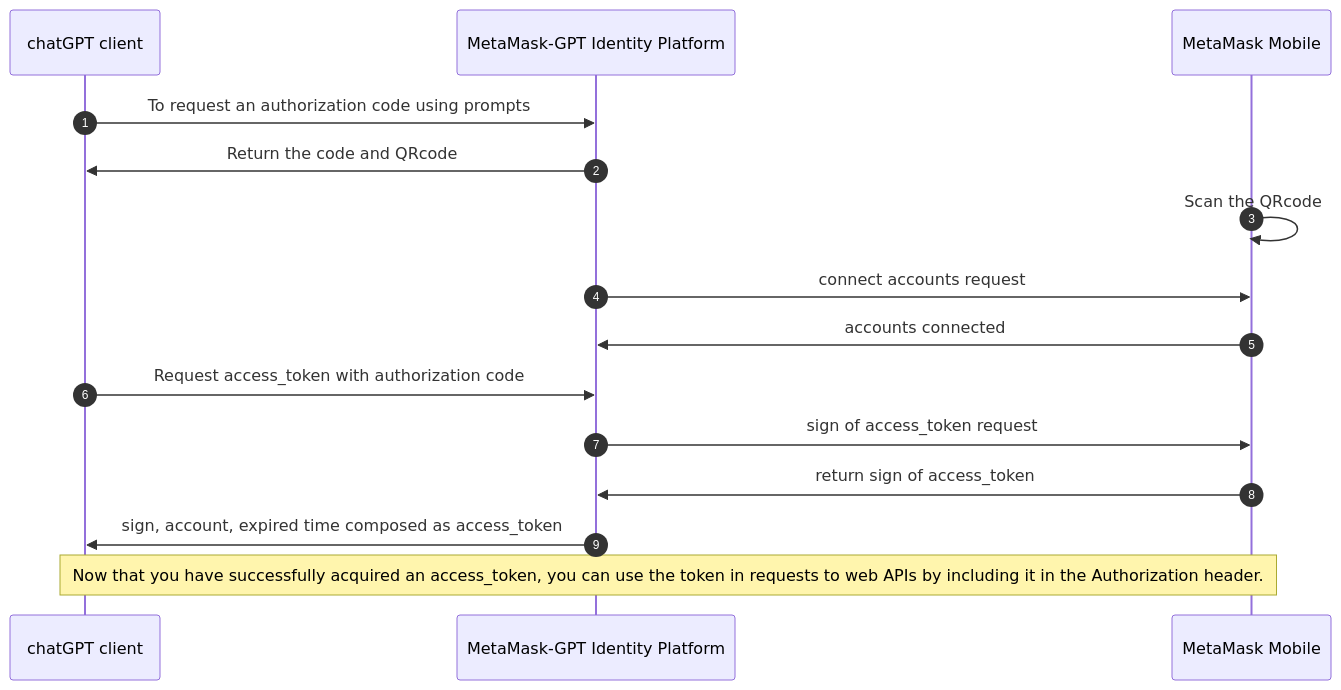
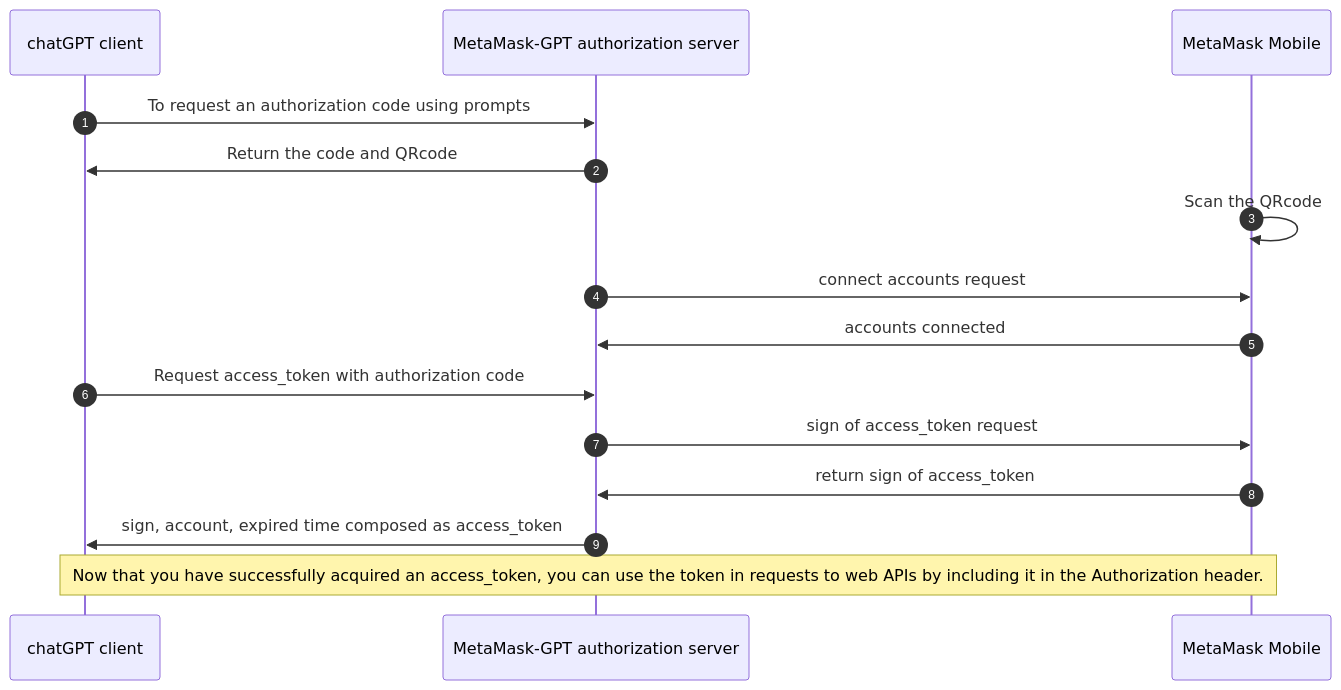
Before and after one commit to TheBestOrNothing/thebestornothing.github.io: the diagram in website/docs/metamaskGPT/connect.mdx, drawn with Mermaid. The commit also changed other lines of this file, not shown here.

````diff
--- a/website/docs/metamaskGPT/connect.mdx
+++ b/website/docs/metamaskGPT/connect.mdx
@@ -35,20 +35,20 @@
 ```mermaid
 
 sequenceDiagram
     autonumber
     participant chatGPTClient as chatGPT client
-    participant MetaMask-GPTIdentityPlatform as MetaMask-GPT Identity Platform
+    participant MetaMask-GPTAuthServer as MetaMask-GPT authorization server
     participant MetaMaskMobile as MetaMask Mobile
 
-    chatGPTClient->>MetaMask-GPTIdentityPlatform: To request an authorization code using prompts
-    MetaMask-GPTIdentityPlatform->>chatGPTClient: Return the code and QRcode
+    chatGPTClient->>MetaMask-GPTAuthServer: To request an authorization code using prompts
+    MetaMask-GPTAuthServer->>chatGPTClient: Return the code and QRcode
     MetaMaskMobile->>MetaMaskMobile: Scan the QRcode 
-    MetaMask-GPTIdentityPlatform->>MetaMaskMobile: connect accounts request
-    MetaMaskMobile->>MetaMask-GPTIdentityPlatform: accounts connected
-    chatGPTClient->>MetaMask-GPTIdentityPlatform: Request access_token with authorization code
-    MetaMask-GPTIdentityPlatform->>MetaMaskMobile: sign of access_token  request
-    MetaMaskMobile->>MetaMask-GPTIdentityPlatform: return sign of access_token 
-    MetaMask-GPTIdentityPlatform->>chatGPTClient: sign, account, expired time composed as access_token
+    MetaMask-GPTAuthServer->>MetaMaskMobile: connect accounts request
+    MetaMaskMobile->>MetaMask-GPTAuthServer: accounts connected
+    chatGPTClient->>MetaMask-GPTAuthServer: Request access_token with authorization code
+    MetaMask-GPTAuthServer->>MetaMaskMobile: sign of access_token  request
+    MetaMaskMobile->>MetaMask-GPTAuthServer: return sign of access_token 
+    MetaMask-GPTAuthServer->>chatGPTClient: sign, account, expired time composed as access_token
     note over chatGPTClient, MetaMaskMobile: Now that you have successfully acquired an access_token, you can use the token in requests to web APIs by including it in the Authorization header.
 
 ```
````
